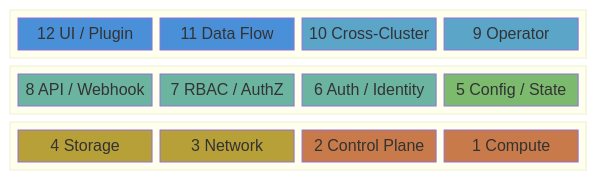
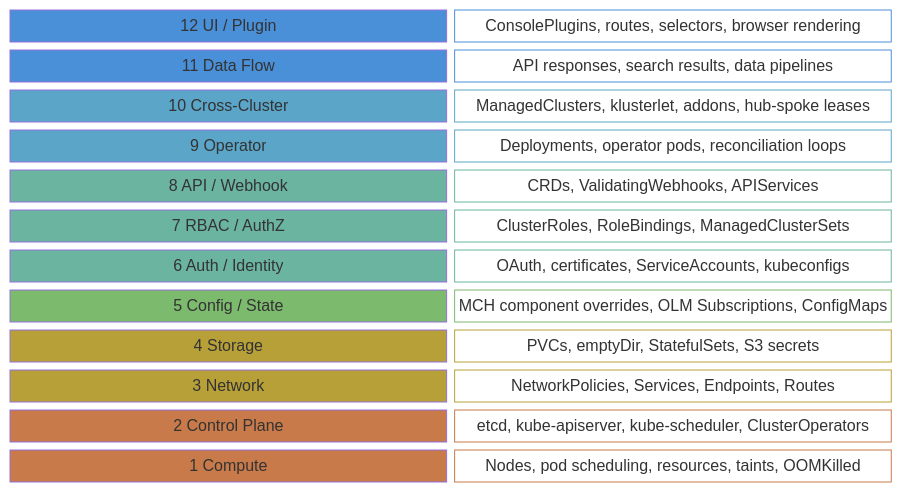
One commit to stolostron/acm-ai-qe changed the second of 2 diagrams in apps/acm-hub-health/README.md. Above: the diagram before and after it, drawn with Mermaid. The commit also changed 2 other files, not shown here.

Commit message:
docs: add launch instructions to Quick Start, redesign 12-layer diagram
- Add cd + claude launch steps to z-stream and test-case-gen Quick Start
  sections, matching the acm-hub-health style. Include NOTE about /onboard
  for first-time setup.
- Replace 12-layer block-beta grid diagram with vertical stack layout in
  both z-stream and acm-hub-health READMEs. Each layer now shows K8s
  resources it examines (e.g., Layer 3: NetworkPolicies, Services,
  Endpoints, Routes) for immediate context.

````diff
--- a/apps/acm-hub-health/README.md
+++ b/apps/acm-hub-health/README.md
@@ -69,41 +69,66 @@
 ```mermaid
 block-beta
-    columns 4
+    columns 2
 
-    block:upper:4
-        columns 4
-        L12["12 UI / Plugin"]
-        L11["11 Data Flow"]
-        L10["10 Cross-Cluster"]
-        L9["9 Operator"]
-    end
+    L12["12  UI / Plugin"]:1
+    D12["ConsolePlugins, routes, selectors, browser rendering"]:1
 
-    block:mid:4
-        columns 4
-        L8["8 API / Webhook"]
-        L7["7 RBAC / AuthZ"]
-        L6["6 Auth / Identity"]
-        L5["5 Config / State"]
-    end
+    L11["11  Data Flow"]:1
+    D11["API responses, search results, data pipelines"]:1
 
-    block:lower:4
-        columns 4
-        L4["4 Storage"]
-        L3["3 Network"]
-        L2["2 Control Plane"]
-        L1["1 Compute"]
-    end
+    L10["10  Cross-Cluster"]:1
+    D10["ManagedClusters, klusterlet, addons, hub-spoke leases"]:1
+
+    L9["9  Operator"]:1
+    D9["Deployments, operator pods, reconciliation loops"]:1
+
+    L8["8  API / Webhook"]:1
+    D8["CRDs, ValidatingWebhooks, APIServices"]:1
+
+    L7["7  RBAC / AuthZ"]:1
+    D7["ClusterRoles, RoleBindings, ManagedClusterSets"]:1
+
+    L6["6  Auth / Identity"]:1
+    D6["OAuth, certificates, ServiceAccounts, kubeconfigs"]:1
+
+    L5["5  Config / State"]:1
+    D5["MCH component overrides, OLM Subscriptions, ConfigMaps"]:1
+
+    L4["4  Storage"]:1
+    D4["PVCs, emptyDir, StatefulSets, S3 secrets"]:1
+
+    L3["3  Network"]:1
+    D3["NetworkPolicies, Services, Endpoints, Routes"]:1
+
+    L2["2  Control Plane"]:1
+    D2["etcd, kube-apiserver, kube-scheduler, ClusterOperators"]:1
+
+    L1["1  Compute"]:1
+    D1["Nodes, pod scheduling, resources, taints, OOMKilled"]:1
 
     style L12 fill:#4a90d9,color:#fff
     style L11 fill:#4a90d9,color:#fff
     style L10 fill:#5ba5c9,color:#fff
     style L9 fill:#5ba5c9,color:#fff
     style L8 fill:#6bb5a0,color:#fff
     style L7 fill:#6bb5a0,color:#fff
     style L6 fill:#6bb5a0,color:#fff
     style L5 fill:#7cba6e,color:#fff
     style L4 fill:#b8a038,color:#fff
     style L3 fill:#b8a038,color:#fff
     style L2 fill:#c97a4a,color:#fff
     style L1 fill:#c97a4a,color:#fff
+
+    style D12 fill:transparent,stroke:#4a90d9,color:#ccc
+    style D11 fill:transparent,stroke:#4a90d9,color:#ccc
+    style D10 fill:transparent,stroke:#5ba5c9,color:#ccc
+    style D9 fill:transparent,stroke:#5ba5c9,color:#ccc
+    style D8 fill:transparent,stroke:#6bb5a0,color:#ccc
+    style D7 fill:transparent,stroke:#6bb5a0,color:#ccc
+    style D6 fill:transparent,stroke:#6bb5a0,color:#ccc
+    style D5 fill:transparent,stroke:#7cba6e,color:#ccc
+    style D4 fill:transparent,stroke:#b8a038,color:#ccc
+    style D3 fill:transparent,stroke:#b8a038,color:#ccc
+    style D2 fill:transparent,stroke:#c97a4a,color:#ccc
+    style D1 fill:transparent,stroke:#c97a4a,color:#ccc
 ```
````
